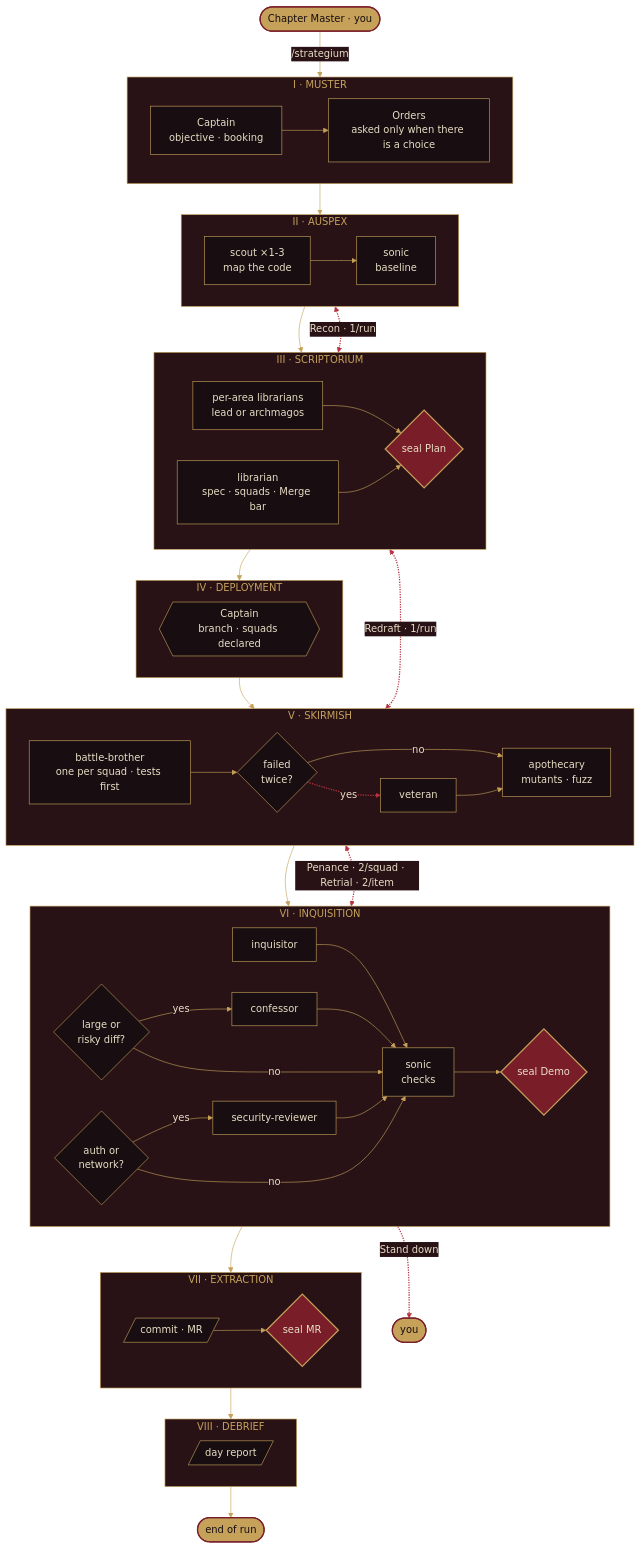
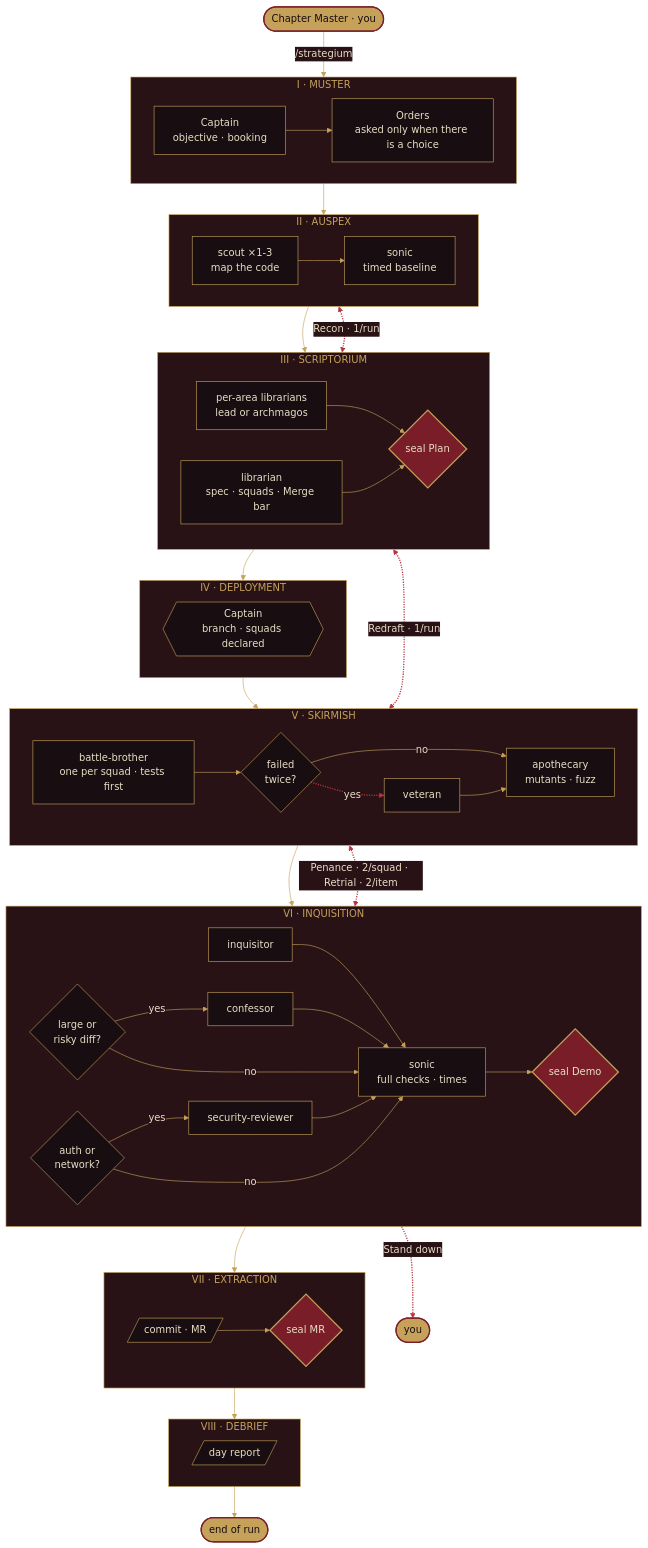
Before and after one commit to frandev94/strategium: the diagram in README.md, drawn with Mermaid. The commit also changed other lines of this file and 1 other file, not shown here.

First line of the commit message:
docs: check tiers, the timed baseline and deleted tests in the READMEs

````diff
--- a/README.md
+++ b/README.md
@@ -46,66 +46,66 @@
 ```mermaid
 %%{init: {"theme": "base", "themeVariables": {"lineColor": "#C5A15A", "edgeLabelBackground": "#281216", "textColor": "#E8DDC5", "fontFamily": "Georgia, serif"}}}%%
 flowchart TB
   U(["Chapter Master · you"]) -->|"/strategium"| muster
 
   subgraph muster["I · MUSTER"]
     direction LR
     M["Captain<br/>objective · booking"] --> S0["Orders<br/>asked only when there is a choice"]
   end
   subgraph auspex["II · AUSPEX"]
     direction LR
-    A1["scout ×1-3<br/>map the code"] --> A2["sonic<br/>baseline"]
+    A1["scout ×1-3<br/>map the code"] --> A2["sonic<br/>timed baseline"]
   end
   subgraph scriptorium["III · SCRIPTORIUM"]
     direction LR
     L2["per-area librarians<br/>lead or archmagos"] --> SP{"seal Plan"}
     L1["librarian<br/>spec · squads · Merge bar"] --> SP
   end
   subgraph deployment["IV · DEPLOYMENT"]
     direction LR
     D{{"Captain<br/>branch · squads declared"}}
   end
   subgraph skirmish["V · SKIRMISH"]
     direction LR
     B1["battle-brother<br/>one per squad · tests first"] --> BF{"failed<br/>twice?"}
     BF -->|"no"| B3["apothecary<br/>mutants · fuzz"]
     BF -.->|"yes"| B2["veteran"] --> B3
   end
   subgraph inquisition["VI · INQUISITION"]
     direction LR
-    Q1["inquisitor"] --> Q4["sonic<br/>checks"]
+    Q1["inquisitor"] --> Q4["sonic<br/>full checks · times"]
     QF{"large or<br/>risky diff?"} -->|"yes"| Q2["confessor"] --> Q4
     QF -->|"no"| Q4
     QS{"auth or<br/>network?"} -->|"yes"| Q3["security-reviewer"] --> Q4
     QS -->|"no"| Q4
     Q4 --> SU{"seal Demo"}
   end
   subgraph extraction["VII · EXTRACTION"]
     direction LR
     X[/"commit · MR"/] --> SM{"seal MR"}
   end
   subgraph debrief["VIII · DEBRIEF"]
     direction LR
     F[/"day report"/]
   end
 
   muster --> auspex --> scriptorium --> deployment --> skirmish --> inquisition --> extraction --> debrief --> E(["end of run"])
 
   auspex <-.->|"Recon · 1/run"| scriptorium
   scriptorium <-.->|"Redraft · 1/run"| skirmish
   skirmish <-.->|"Penance · 2/squad · Retrial · 2/item"| inquisition
   inquisition -.->|"Stand down"| Y(["you"])
 
   classDef agent fill:#180D10,stroke:#C5A15A,color:#E8DDC5
   classDef seal fill:#791E29,stroke:#C5A15A,stroke-width:2px,color:#E8DDC5
   classDef you fill:#C5A15A,stroke:#791E29,stroke-width:2px,color:#180D10
   classDef station fill:#281216,stroke:#C5A15A,color:#C5A15A
   class M,S0,A1,A2,L1,L2,D,B1,B2,B3,Q1,Q2,Q3,Q4,X,F agent
   class SP,SU,SM seal
   class BF,QF,QS agent
   class U,E,Y you
   class muster,auspex,scriptorium,deployment,skirmish,inquisition,extraction,debrief station
   linkStyle 0 stroke:#C5A15A,color:#E8DDC5
   linkStyle 6,10,12,13,15 color:#E8DDC5
   linkStyle 7,26,27,28,29 stroke:#B8323F,stroke-width:2px,color:#E8DDC5
 ```
````
